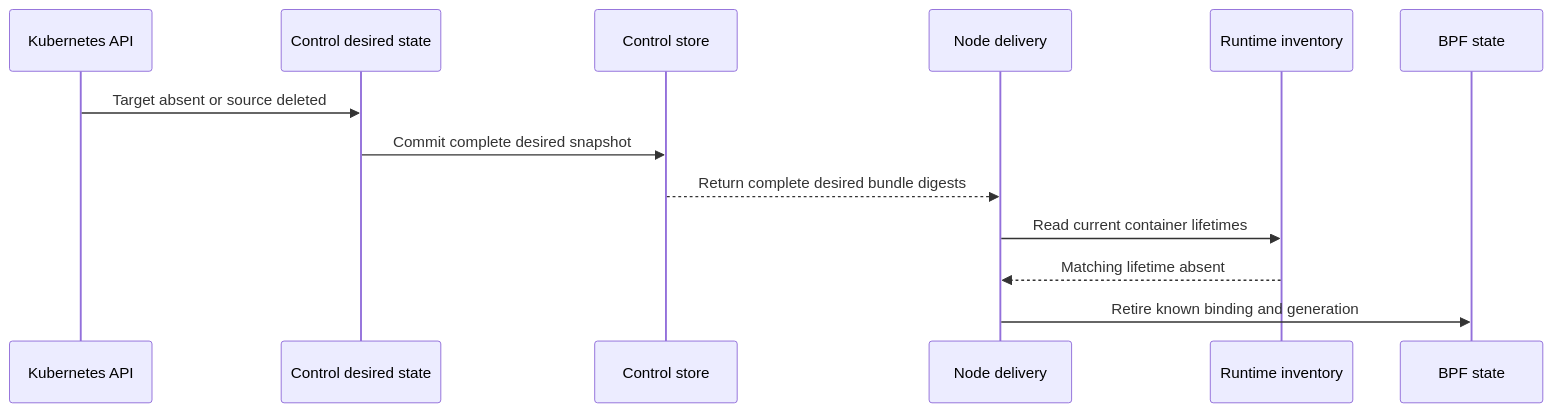
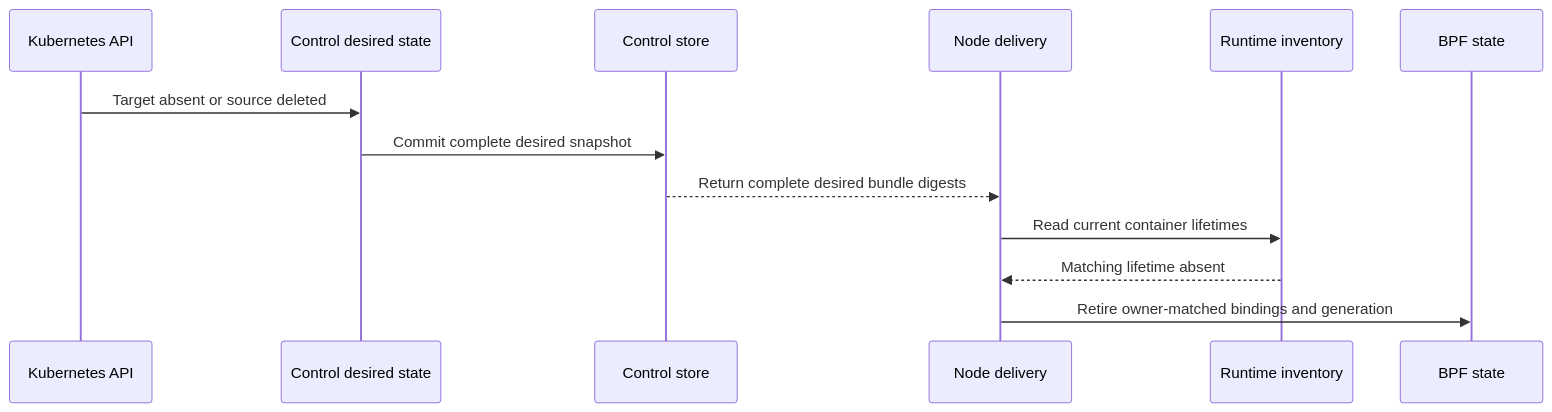
One commit to Ereborlabs/erebor-runtime changed the fourth of 5 diagrams in docs/plans/mithril-hugging-face-intrusion-prevention/phase-6-2-implementation-review.md. Above: the diagram before and after it, drawn with Mermaid. The commit also changed other lines of this file and 5 other files, not shown here.

Commit message:
Retire pinned policy rows by stable owner

````diff
--- a/docs/plans/mithril-hugging-face-intrusion-prevention/phase-6-2-implementation-review.md
+++ b/docs/plans/mithril-hugging-face-intrusion-prevention/phase-6-2-implementation-review.md
@@ -407,15 +407,15 @@
 ```mermaid
 sequenceDiagram
     participant API as Kubernetes API
     participant Control as Control desired state
     participant Store as Control store
     participant Node as Node delivery
     participant Runtime as Runtime inventory
     participant Kernel as BPF state
     API->>Control: Target absent or source deleted
     Control->>Store: Commit complete desired snapshot
     Store-->>Node: Return complete desired bundle digests
     Node->>Runtime: Read current container lifetimes
     Runtime-->>Node: Matching lifetime absent
-    Node->>Kernel: Retire known binding and generation
+    Node->>Kernel: Retire owner-matched bindings and generation
 ```
````
